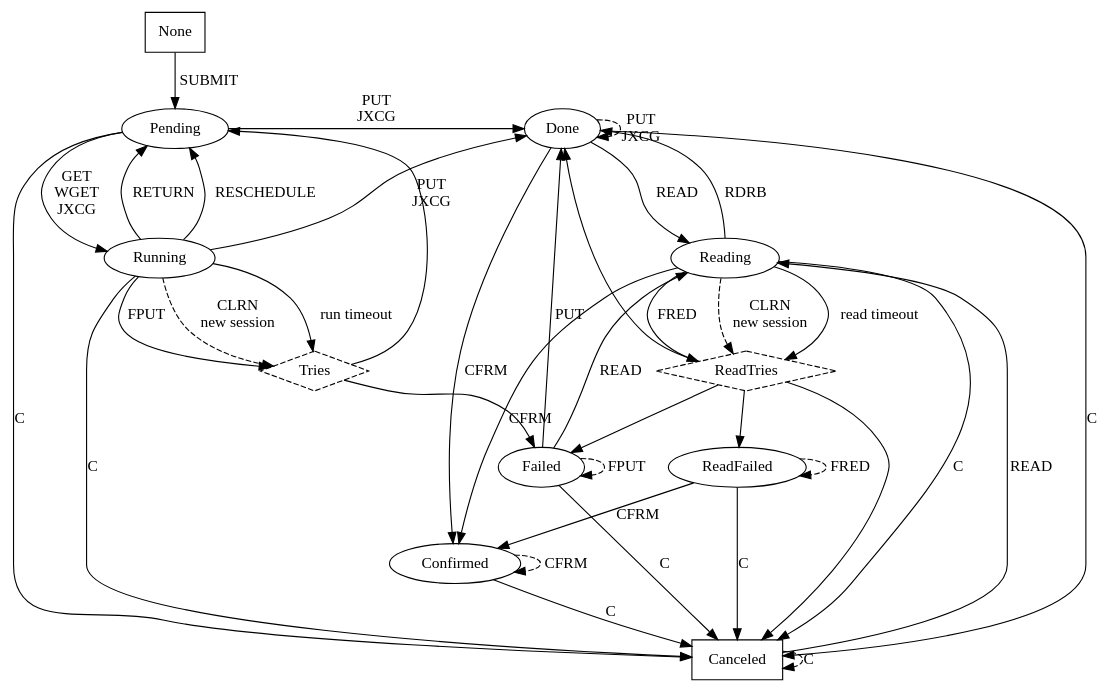
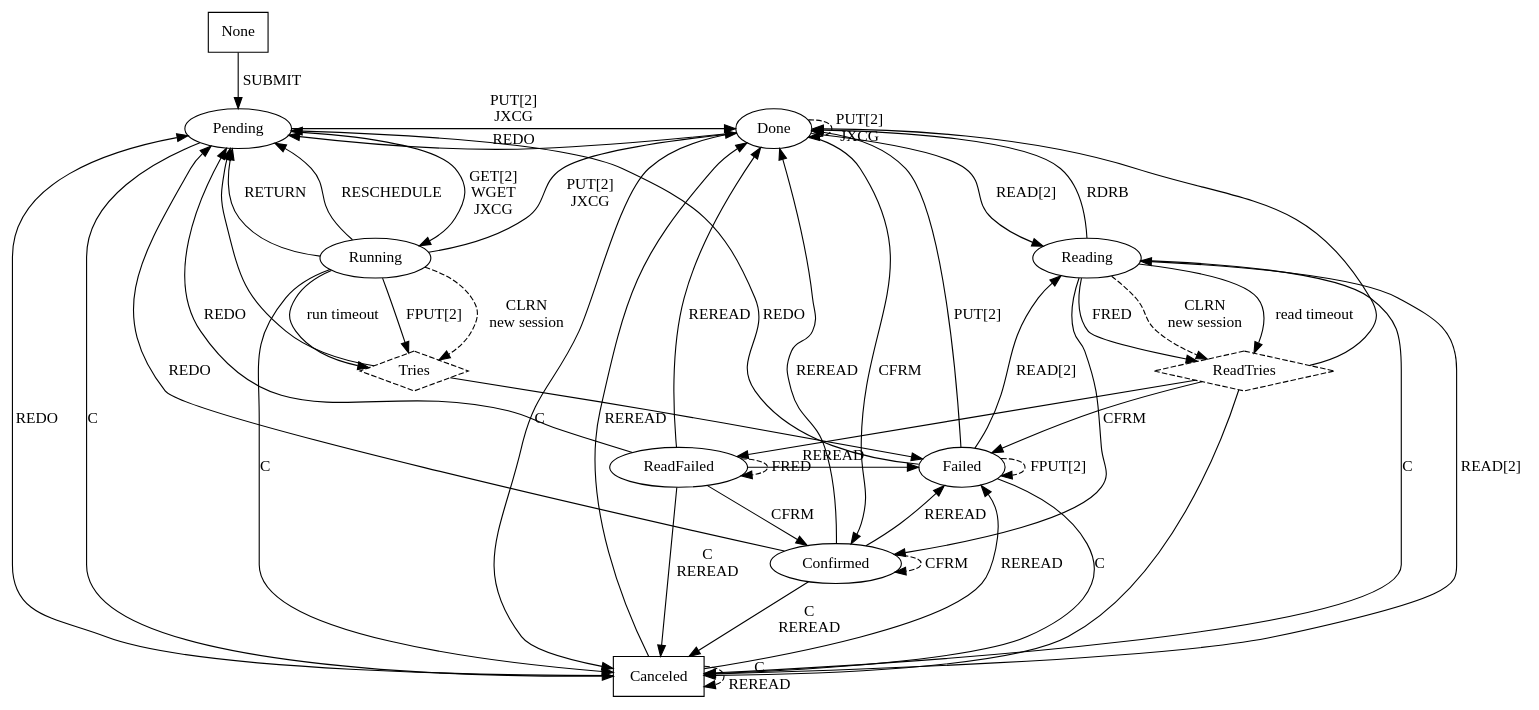
The diagram in src/app/netschedule/state_graph.dot (ncbi/ncbi-cxx-toolkit-public), drawn with Graphviz before and after one commit.

Commit message:
Adding new commands and transitions to the diagram.

```diff
--- a/src/app/netschedule/state_graph.dot
+++ b/src/app/netschedule/state_graph.dot
@@ -1,63 +1,77 @@
 # dot -T jpg state_graph.dot -o state_graph.jpg
 
 digraph NetScheduleNew {
 
     None        [ label = "None",        shape = "box" ];
     Canceled    [ label = "Canceled",    shape = "box" ];
     Tries       [ label = "Tries",       shape = "diamond", style = "dashed" ];
     ReadTries   [ label = "ReadTries",   shape = "diamond", style = "dashed" ];
 
     None        -> Pending          [ label = "SUBMIT" ];
 
-    Pending     -> Running          [ label = "GET\nWGET\nJXCG" ];
+    Pending     -> Running          [ label = "GET[2]\nWGET\nJXCG" ];
     Pending     -> Canceled         [ label = "C" ];
-    Pending     -> Done             [ label = "PUT\nJXCG" ];
+    Pending     -> Done             [ label = "PUT[2]\nJXCG" ];
 
     Running     -> Pending          [ label = "RETURN" ];
     Running     -> Pending          [ label = "RESCHEDULE" ];
     Running     -> Canceled         [ label = "C" ];
-    Running     -> Done             [ label = "PUT\nJXCG" ];
+    Running     -> Done             [ label = "PUT[2]\nJXCG" ];
     Running     -> Tries            [ label = "run timeout" ];
-    Running     -> Tries            [ label = "FPUT" ];
+    Running     -> Tries            [ label = "FPUT[2]" ];
     Running     -> Tries            [ label = "CLRN\nnew session", style = "dashed" ];
 
     Tries       -> Failed;
     Tries       -> Pending;
 
-    Failed      -> Reading          [ label = "READ" ];
+    Failed      -> Reading          [ label = "READ[2]" ];
     Failed      -> Canceled         [ label = "C" ];
-    Failed      -> Failed           [ label = "FPUT", style = "dashed" ];
-    Failed      -> Done             [ label = "PUT" ];
+    Failed      -> Failed           [ label = "FPUT[2]", style = "dashed" ];
+    Failed      -> Done             [ label = "PUT[2]" ];
 
-    Done        -> Reading          [ label = "READ" ];
+    Done        -> Reading          [ label = "READ[2]" ];
     Done        -> Canceled         [ label = "C" ];
-    Done        -> Done             [ label = "PUT\nJXCG", style = "dashed" ];
+    Done        -> Done             [ label = "PUT[2]\nJXCG", style = "dashed" ];
     Done        -> Confirmed        [ label = "CFRM" ];
 
     Reading     -> Canceled         [ label = "C" ];
     Reading     -> Confirmed        [ label = "CFRM" ];
     Reading     -> Done             [ label = "RDRB" ];
     Reading     -> ReadTries        [ label = "read timeout" ];
     Reading     -> ReadTries        [ label = "FRED" ];
     Reading     -> ReadTries        [ label = "CLRN\nnew session", style = "dashed" ];
 
     ReadTries   -> ReadFailed;
     ReadTries   -> Done;
     ReadTries   -> Canceled;
     ReadTries   -> Failed;
 
-    ReadFailed  -> Canceled         [ label = "C" ];
+    ReadFailed  -> Canceled         [ label = "C\nREREAD" ];
     ReadFailed  -> ReadFailed       [ label = "FRED", style = "dashed" ];
     ReadFailed  -> Confirmed        [ label = "CFRM" ];
 
-    Confirmed   -> Canceled         [ label = "C" ];
+    Confirmed   -> Canceled         [ label = "C\nREREAD" ];
     Confirmed   -> Confirmed        [ label = "CFRM", style = "dashed" ];
 
-    Canceled    -> Canceled         [ label = "C", style = "dashed" ];
-    Canceled    -> Reading          [ label = "READ" ];
+    Canceled    -> Canceled         [ label = "C\nREREAD", style = "dashed" ];
+    Canceled    -> Reading          [ label = "READ[2]" ];
+
+    Done        -> Pending          [ label = "REDO" ];
+    Failed      -> Pending          [ label = "REDO" ];
+    Confirmed   -> Pending          [ label = "REDO" ];
+    ReadFailed  -> Pending          [ label = "REDO" ];
+    Canceled    -> Pending          [ label = "REDO" ];
+
+    Canceled    -> Done             [ label = "REREAD" ];
+    Canceled    -> Failed           [ label = "REREAD" ];
+    ReadFailed  -> Done             [ label = "REREAD" ];
+    ReadFailed  -> Failed           [ label = "REREAD" ];
+    Confirmed   -> Done             [ label = "REREAD" ];
+    Confirmed   -> Failed           [ label = "REREAD" ];
+
 
     { rank = same; "Done";     "Pending" }
     { rank = same; "Running";  "Reading" }
     { rank = same; "Failed";   "ReadFailed" }
     { rank = sink; "Canceled" }
 }
```
